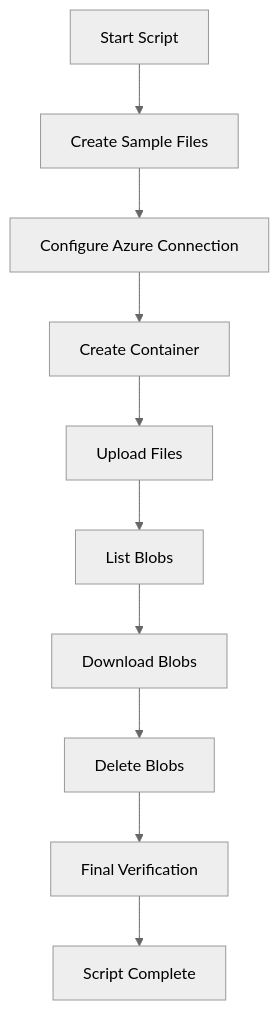
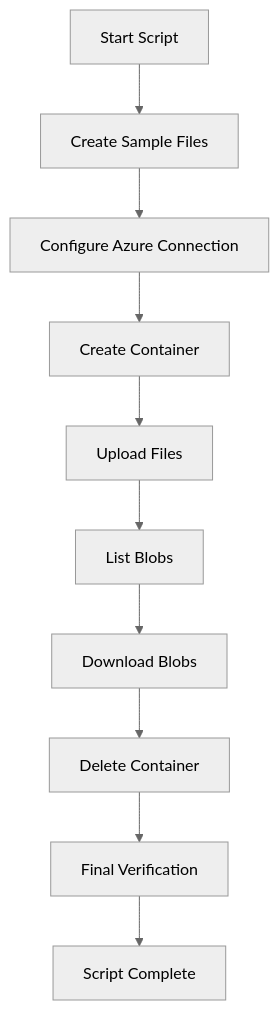
One commit to nishanttomar21/azure-storage-blob-demo changed the diagram in README.md. Above: the diagram before and after it, drawn with Mermaid (neutral theme). The commit also changed other lines of this file, not shown here.

````diff
--- a/README.md
+++ b/README.md
@@ -109,12 +109,12 @@
 ```mermaid
 flowchart TD
 A[Start Script] --> B[Create Sample Files]
 B --> C[Configure Azure Connection]
 C --> D[Create Container]
 D --> E[Upload Files]
 E --> F[List Blobs]
 F --> G[Download Blobs]
-G --> H[Delete Blobs]
+G --> H[Delete Container]
 H --> I[Final Verification]
 I --> J[Script Complete]
 ```
````
